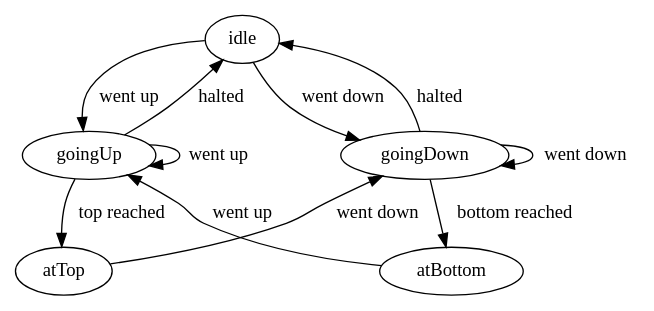
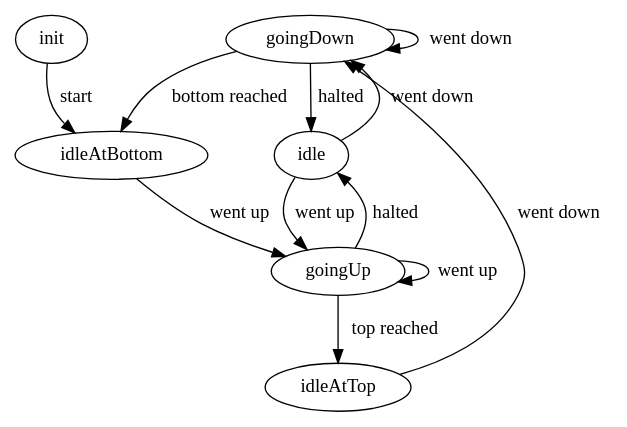
One commit to uberto/okotta-es changed the diagram in codegen/examples/elevator.dot. Above: the diagram before and after it, drawn with Graphviz.

Commit message:
fix dot diagram

```diff
--- a/codegen/examples/elevator.dot
+++ b/codegen/examples/elevator.dot
@@ -1,13 +1,14 @@
 digraph elevator
 {
-    idle -> goingUp [label="went up"]
-    goingUp -> idle [label="halted"]
+    init -> idleAtBottom [label="start"]
+    idle -> goingUp [label="went up" comment="destination:Int,peopleIn:Int"]
+    goingUp -> idle [label="halted" comment="peopleOut:Int"]
     goingUp -> goingUp  [label="went up"]
-    goingUp -> atTop  [label="top reached"]
-    idle -> goingDown [label="went down"]
-    goingDown -> idle  [label="halted"]
+    goingUp -> idleAtTop  [label="top reached" comment="peopleOut:Int"]
+    idle -> goingDown [label="went down" comment="destination:Int"]
+    goingDown -> idle  [label="halted" comment="peopleOut:Int"  ]
     goingDown -> goingDown  [label="went down"]
-    goingDown -> atBottom  [label="bottom reached"]
-    atTop  -> goingDown [label="went down" constraint=false]
-    atBottom  -> goingUp  [label="went up" constraint=false]
+    goingDown -> idleAtBottom  [label="bottom reached" comment="peopleOut:Int"]
+    idleAtTop  -> goingDown [label="went down" constraint=false  comment="destination:Int,peopleIn:Int"]
+    idleAtBottom  -> goingUp  [label="went up" constraint=false  comment="destination:Int,peopleIn:Int"]
 }
```
